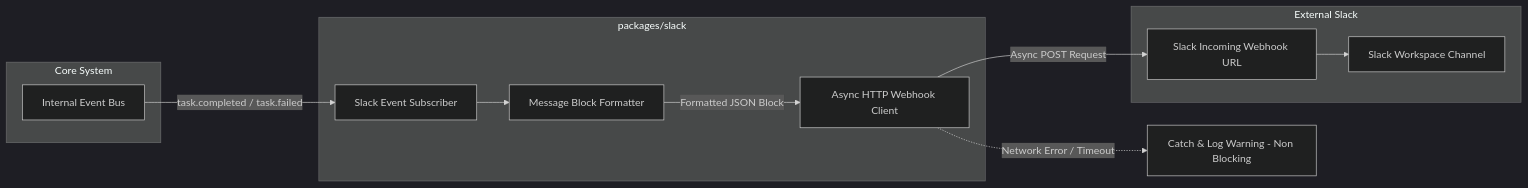
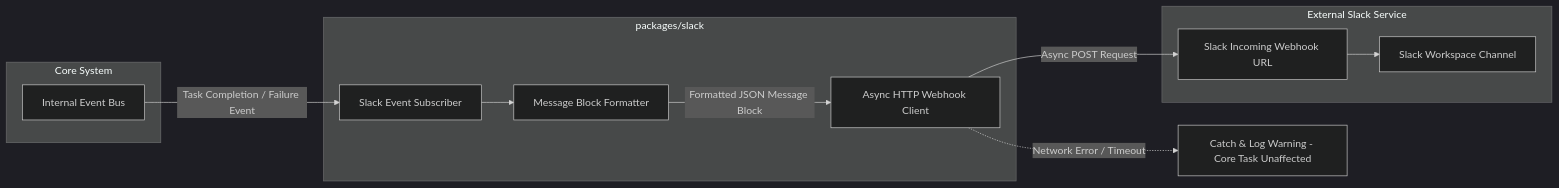
Before and after one commit to Prempujara/edith: the diagram in docs/architecture/slack-architecture.md, drawn with Mermaid (dark theme). The commit also changed other lines of this file and 19 other files, not shown here.

Commit message:
docs: refine EDITH-001 architecture contracts and boundaries

````diff
--- a/docs/architecture/slack-architecture.md
+++ b/docs/architecture/slack-architecture.md
@@ -18,25 +18,25 @@
 ```mermaid
 graph LR
     subgraph Core System
         EventBus[Internal Event Bus]
     end
 
     subgraph Slack Package [packages/slack]
         Subscriber[Slack Event Subscriber]
         Formatter[Message Block Formatter]
         HttpClient[Async HTTP Webhook Client]
     end
 
-    subgraph External Slack
+    subgraph External Slack Service
         WebhookEndpoint[Slack Incoming Webhook URL]
         SlackChannel[Slack Workspace Channel]
     end
 
-    EventBus -->|task.completed / task.failed| Subscriber
+    EventBus -->|Task Completion / Failure Event| Subscriber
     Subscriber --> Formatter
-    Formatter -->|Formatted JSON Block| HttpClient
+    Formatter -->|Formatted JSON Message Block| HttpClient
     HttpClient -->|Async POST Request| WebhookEndpoint
     WebhookEndpoint --> SlackChannel
 
-    HttpClient -.->|Network Error / Timeout| ExceptionHandler[Catch & Log Warning - Non Blocking]
+    HttpClient -.->|Network Error / Timeout| ExceptionHandler[Catch & Log Warning - Core Task Unaffected]
 ```
````
